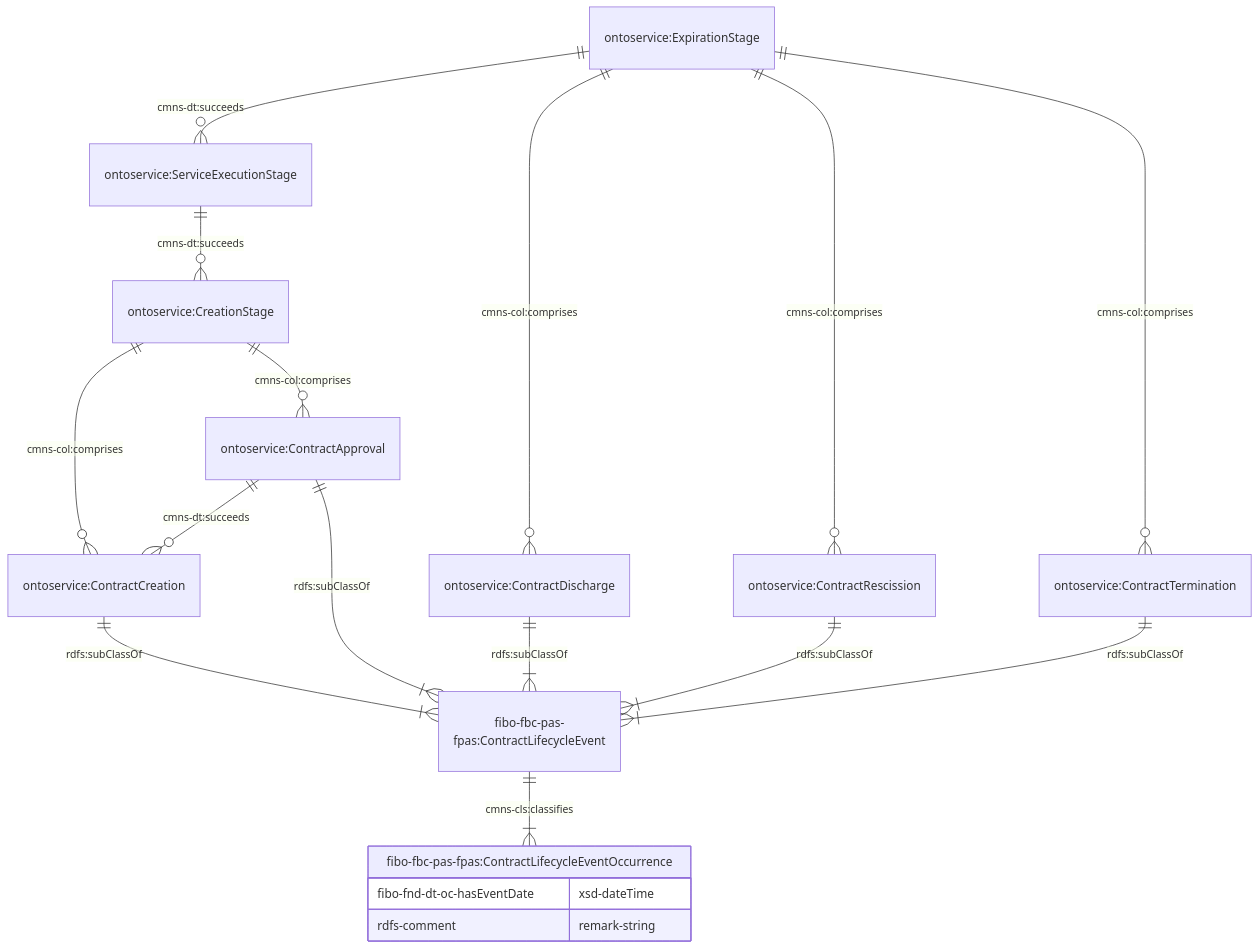
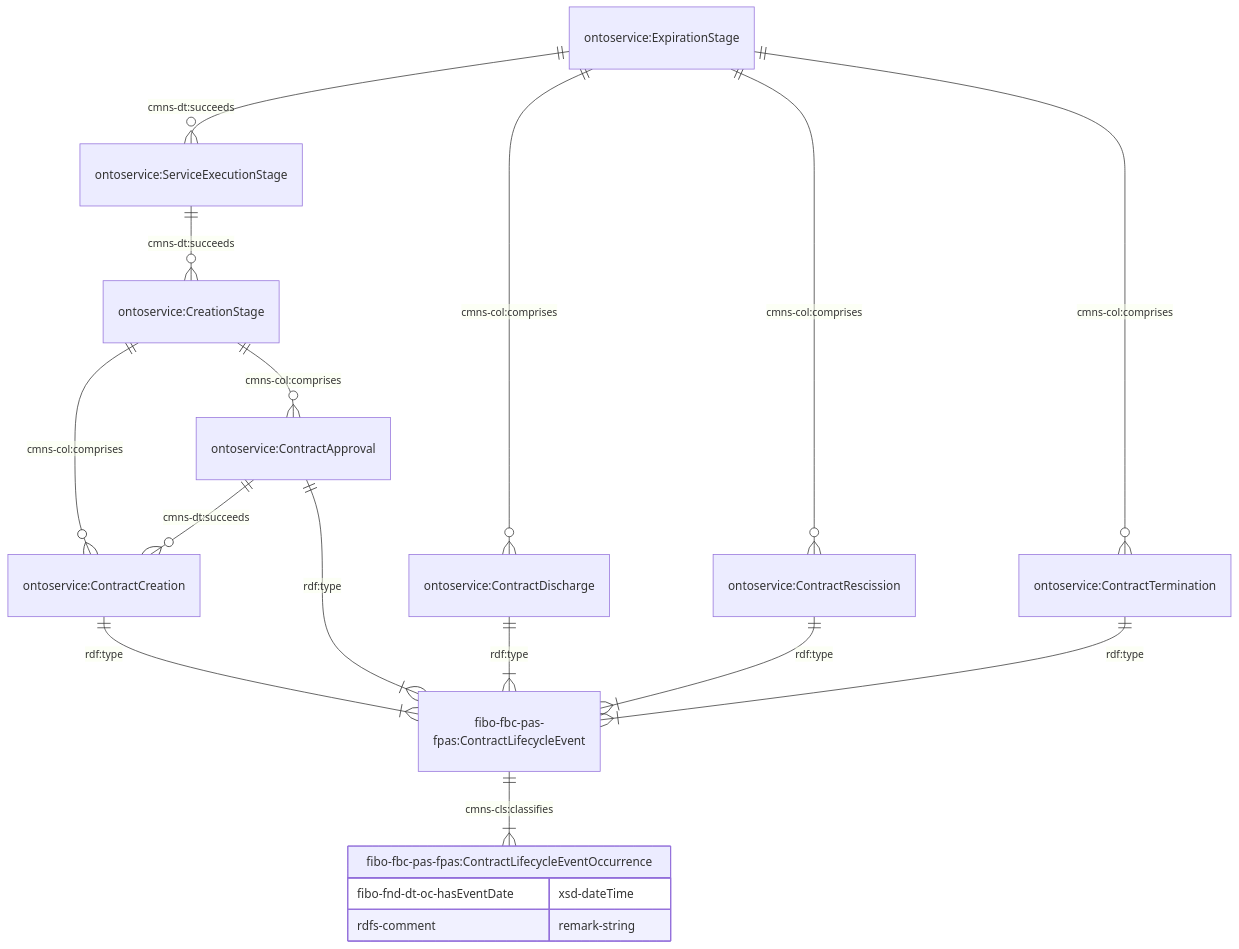
One commit to cambridge-cares/TheWorldAvatar changed the sixth of 8 diagrams in JPS_Ontology/ontology/ontoservice/README.md. Above: the diagram before and after it, drawn with Mermaid. The commit also changed 3 other files, not shown here.

Commit message:
dev-ontoservice-lifecycle: Modify contract lifecycle events subclasses into instances

````diff
--- a/JPS_Ontology/ontology/ontoservice/README.md
+++ b/JPS_Ontology/ontology/ontoservice/README.md
@@ -221,24 +221,24 @@
 ```mermaid
     erDiagram
    "ontoservice:ServiceExecutionStage" ||--o{ "ontoservice:CreationStage" : "cmns-dt:succeeds"
     "ontoservice:ExpirationStage" ||--o{ "ontoservice:ServiceExecutionStage" : "cmns-dt:succeeds"
 
     "ontoservice:CreationStage" ||--o{ "ontoservice:ContractCreation" : "cmns-col:comprises"
     "ontoservice:CreationStage" ||--o{ "ontoservice:ContractApproval" : "cmns-col:comprises"
     "ontoservice:ContractApproval" ||--o{ "ontoservice:ContractCreation" : "cmns-dt:succeeds"
-    "ontoservice:ContractCreation" ||--|{ "fibo-fbc-pas-fpas:ContractLifecycleEvent" : "rdfs:subClassOf"
-    "ontoservice:ContractApproval" ||--|{ "fibo-fbc-pas-fpas:ContractLifecycleEvent" : "rdfs:subClassOf"
+    "ontoservice:ContractCreation" ||--|{ "fibo-fbc-pas-fpas:ContractLifecycleEvent" : "rdf:type"
+    "ontoservice:ContractApproval" ||--|{ "fibo-fbc-pas-fpas:ContractLifecycleEvent" : "rdf:type"
 
     "ontoservice:ExpirationStage" ||--o{ "ontoservice:ContractDischarge" : "cmns-col:comprises"
     "ontoservice:ExpirationStage" ||--o{ "ontoservice:ContractRescission" : "cmns-col:comprises"
     "ontoservice:ExpirationStage" ||--o{ "ontoservice:ContractTermination" : "cmns-col:comprises"
-    "ontoservice:ContractDischarge" ||--|{ "fibo-fbc-pas-fpas:ContractLifecycleEvent" : "rdfs:subClassOf"
-    "ontoservice:ContractRescission" ||--|{ "fibo-fbc-pas-fpas:ContractLifecycleEvent" : "rdfs:subClassOf"
-    "ontoservice:ContractTermination" ||--|{ "fibo-fbc-pas-fpas:ContractLifecycleEvent" : "rdfs:subClassOf"
+    "ontoservice:ContractDischarge" ||--|{ "fibo-fbc-pas-fpas:ContractLifecycleEvent" : "rdf:type"
+    "ontoservice:ContractRescission" ||--|{ "fibo-fbc-pas-fpas:ContractLifecycleEvent" : "rdf:type"
+    "ontoservice:ContractTermination" ||--|{ "fibo-fbc-pas-fpas:ContractLifecycleEvent" : "rdf:type"
 
     "fibo-fbc-pas-fpas:ContractLifecycleEvent" ||--|{ "fibo-fbc-pas-fpas:ContractLifecycleEventOccurrence" : "cmns-cls:classifies"
     "fibo-fbc-pas-fpas:ContractLifecycleEventOccurrence" {
         fibo-fnd-dt-oc-hasEventDate xsd-dateTime
         rdfs-comment remark-string
     }
 ```
````
